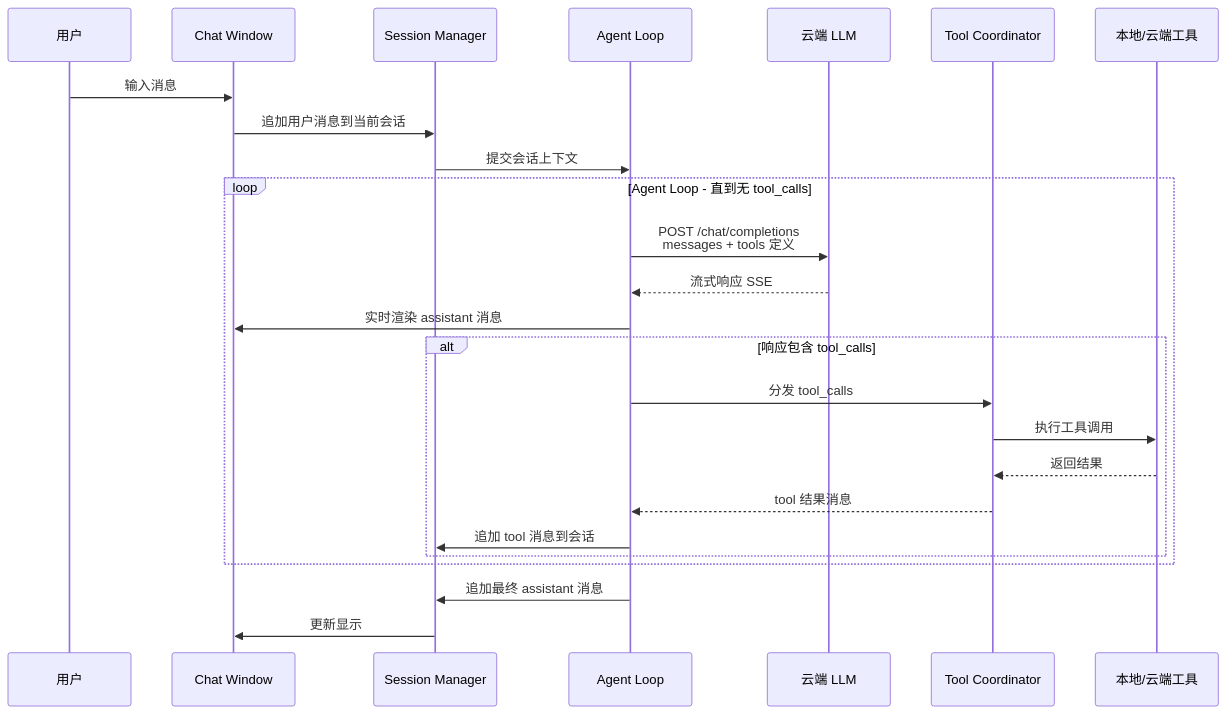
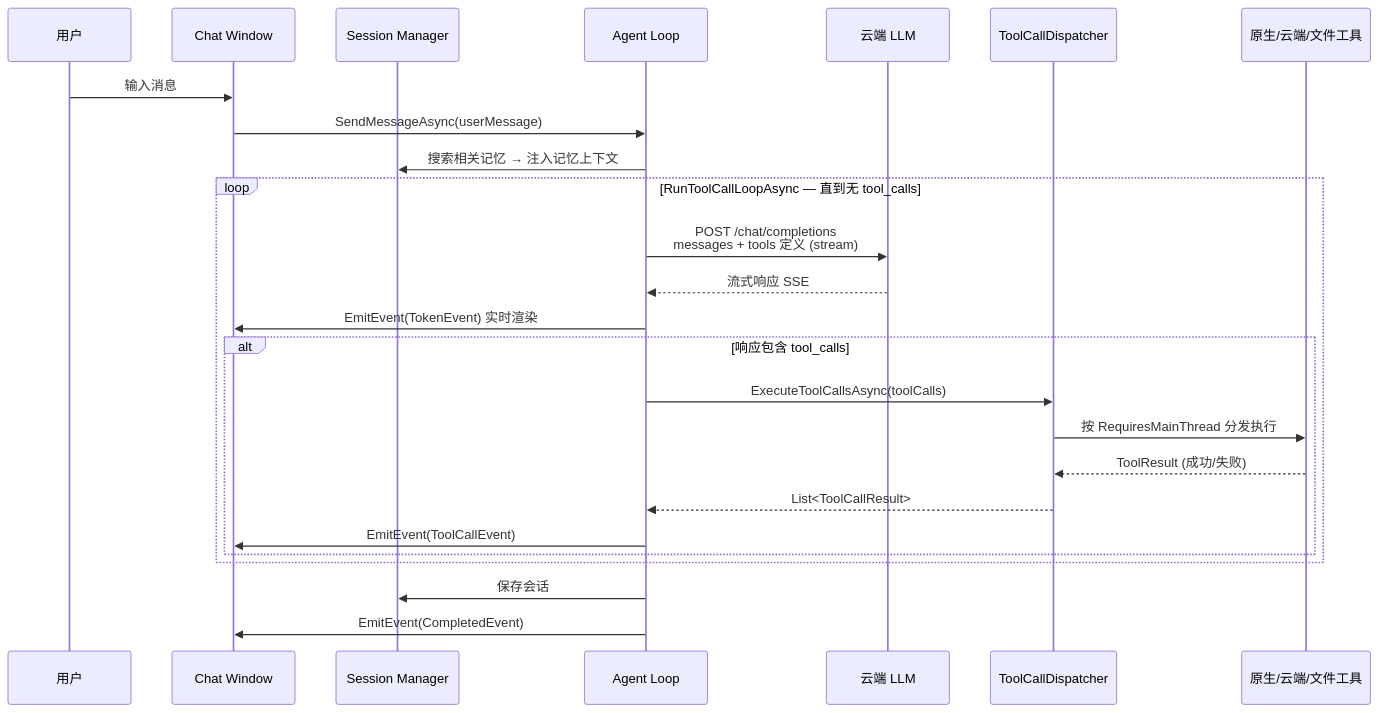
The second of 8 diagrams in plans/ARCHITECTURE.md (BakaAkari/AgentCore-Unity), drawn with Mermaid before and after one commit. The commit also changed other lines of this file and 4 other files, not shown here.

````diff
--- a/plans/ARCHITECTURE.md
+++ b/plans/ARCHITECTURE.md
@@ -85,31 +95,31 @@
 ```mermaid
 sequenceDiagram
     participant U as 用户
     participant UI as Chat Window
     participant SM as Session Manager
     participant AL as Agent Loop
     participant LLM as 云端 LLM
-    participant TC as Tool Coordinator
-    participant Tools as 本地/云端工具
+    participant TD as ToolCallDispatcher
+    participant Tools as 原生/云端/文件工具
 
     U->>UI: 输入消息
-    UI->>SM: 追加用户消息到当前会话
-    SM->>AL: 提交会话上下文
+    UI->>AL: SendMessageAsync(userMessage)
+    AL->>SM: 搜索相关记忆 → 注入记忆上下文
     
-    loop Agent Loop - 直到无 tool_calls
-        AL->>LLM: POST /chat/completions<br/>messages + tools 定义
+    loop RunToolCallLoopAsync — 直到无 tool_calls
+        AL->>LLM: POST /chat/completions<br/>messages + tools 定义 (stream)
         LLM-->>AL: 流式响应 SSE
-        AL->>UI: 实时渲染 assistant 消息
+        AL->>UI: EmitEvent(TokenEvent) 实时渲染
         
         alt 响应包含 tool_calls
-            AL->>TC: 分发 tool_calls
-            TC->>Tools: 执行工具调用
-            Tools-->>TC: 返回结果
-            TC-->>AL: tool 结果消息
-            AL->>SM: 追加 tool 消息到会话
+            AL->>TD: ExecuteToolCallsAsync(toolCalls)
+            TD->>Tools: 按 RequiresMainThread 分发执行
+            Tools-->>TD: ToolResult (成功/失败)
+            TD-->>AL: List<ToolCallResult>
+            AL->>UI: EmitEvent(ToolCallEvent)
         end
     end
     
-    AL->>SM: 追加最终 assistant 消息
-    SM->>UI: 更新显示
+    AL->>SM: 保存会话
+    AL->>UI: EmitEvent(CompletedEvent)
 ```
````
